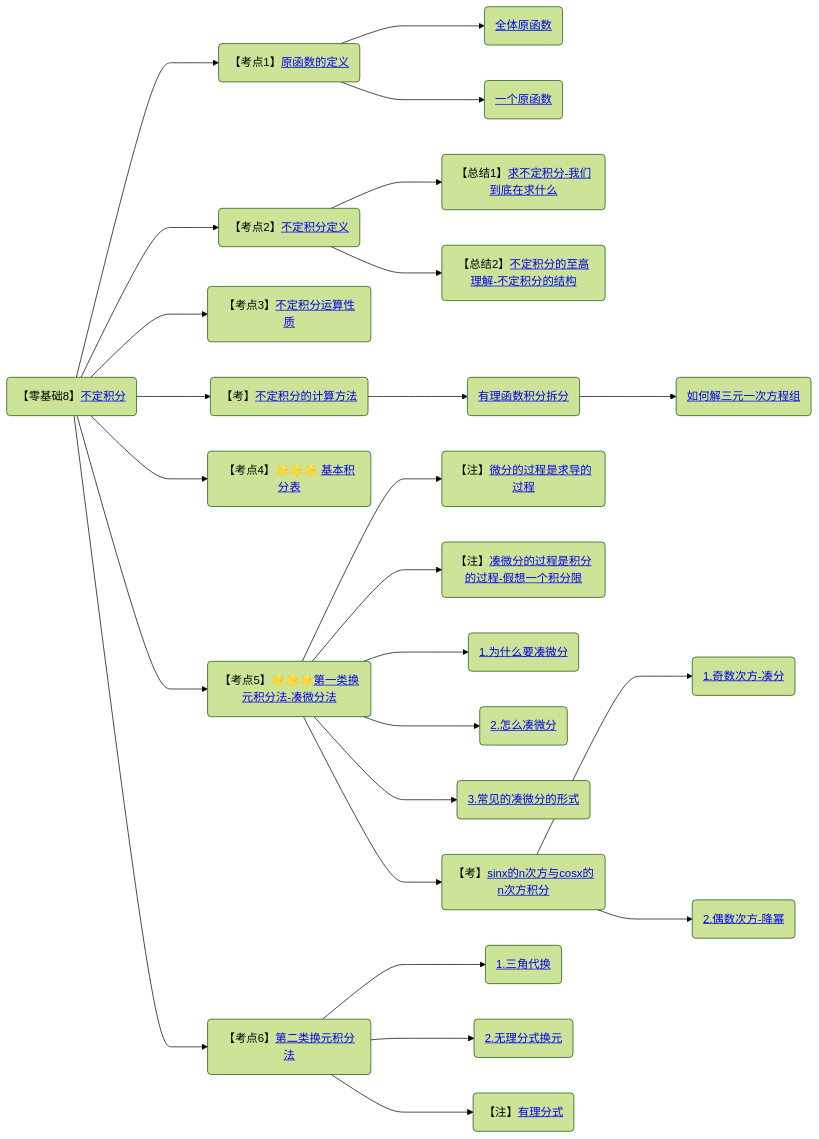
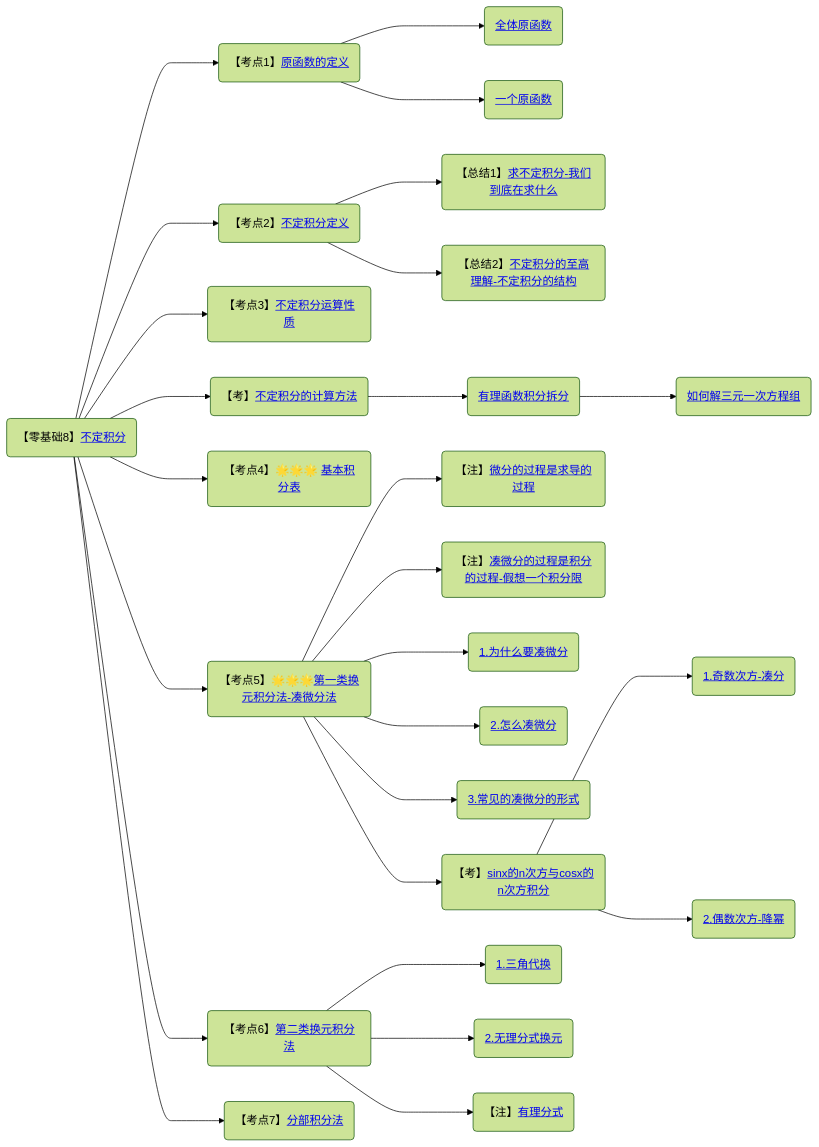
The tenth of 11 diagrams in 笔记/数学/周洋鑫/框架.md (yuebinghui/note), drawn with Mermaid (forest theme) before and after one commit. The commit also changed 9 other files, not shown here.

````diff
--- a/笔记/数学/周洋鑫/框架.md
+++ b/笔记/数学/周洋鑫/框架.md
@@ -301,36 +301,38 @@
 ```mermaid
 graph LR
 
 不定积分(【零基础8】<a target="_blank"  href="/Users/yuebinghui/Documents/program/github/note/笔记/数学/周洋鑫/13.零基础核心考点精讲12-1.md#不定积分">不定积分</>)
 
 不定积分--->原函数的定义(【考点1】<a  href="/Users/yuebinghui/Documents/program/github/note/笔记/数学/周洋鑫/13.零基础核心考点精讲12-1.md#原函数的定义">原函数的定义</>)
 原函数的定义--->全体原函数(<a target="_blank"  href="/Users/yuebinghui/Documents/program/github/note/笔记/数学/周洋鑫/13.零基础核心考点精讲12-1.md#全体原函数">全体原函数</>)
 原函数的定义--->一个原函数(<a target="_blank"  href="/Users/yuebinghui/Documents/program/github/note/笔记/数学/周洋鑫/13.零基础核心考点精讲12-1.md#一个原函数">一个原函数</>)
 
 不定积分--->不定积分定义(【考点2】<a target="_blank"  href="/Users/yuebinghui/Documents/program/github/note/笔记/数学/周洋鑫/13.零基础核心考点精讲12-1.md#不定积分定义">不定积分定义</>)
 不定积分定义--->求不定积分-我们到底在求什么(【总结1】<a target="_blank"  href="/Users/yuebinghui/Documents/program/github/note/笔记/数学/周洋鑫/13.零基础核心考点精讲12-1.md#求不定积分-我们到底在求什么">求不定积分-我们到底在求什么</>)
 不定积分定义--->不定积分的至高理解-不定积分的结构(【总结2】<a target="_blank"  href="/Users/yuebinghui/Documents/program/github/note/笔记/数学/周洋鑫/13.零基础核心考点精讲12-1.md#不定积分的至高理解-不定积分的结构">不定积分的至高理解-不定积分的结构</>)
 
 不定积分--->不定积分运算性质(【考点3】<a target="_blank"  href="/Users/yuebinghui/Documents/program/github/note/笔记/数学/周洋鑫/13.零基础核心考点精讲12-1.md#不定积分运算性质">不定积分运算性质</>)
 
 不定积分--->不定积分的计算方法(【考】<a target="_blank"  href="/Users/yuebinghui/Documents/program/github/note/笔记/数学/周洋鑫/13.零基础核心考点精讲12-1.md#不定积分的计算方法">不定积分的计算方法</>)
 不定积分的计算方法--->有理函数积分拆分(<a target="_blank"  href="/Users/yuebinghui/Documents/program/github/note/笔记/数学/周洋鑫/13.零基础核心考点精讲12-1.md#有理函数积分拆分">有理函数积分拆分</>)
 有理函数积分拆分--->如何解三元一次方程组(<a target="_blank"  href="/Users/yuebinghui/Documents/program/github/note/笔记/数学/周洋鑫/13.零基础核心考点精讲12-1.md#如何解三元一次方程组">如何解三元一次方程组</>)
 
 不定积分--->基本积分表(【考点4】🌟🌟🌟 <a target="_blank"  href="/Users/yuebinghui/Documents/program/github/note/笔记/数学/周洋鑫/13.零基础核心考点精讲12-1.md#基本积分表">基本积分表</>)
 
 不定积分--->第一类换元积分法-凑微分法(【考点5】🌟🌟🌟<a target="_blank"  href="/Users/yuebinghui/Documents/program/github/note/笔记/数学/周洋鑫/13.零基础核心考点精讲12-1.md#第一类换元积分法-凑微分法">第一类换元积分法-凑微分法</>)
 第一类换元积分法-凑微分法--->微分的过程是求导的过程(【注】<a target="_blank"  href="/Users/yuebinghui/Documents/program/github/note/笔记/数学/周洋鑫/13.零基础核心考点精讲12-1.md#微分的过程是求导的过程">微分的过程是求导的过程</>)
 第一类换元积分法-凑微分法--->凑微分的过程是积分的过程-假想一个积分限(【注】<a  target="_blank" href="/Users/yuebinghui/Documents/program/github/note/笔记/数学/周洋鑫/13.零基础核心考点精讲12-1.md#凑微分的过程是积分的过程-假想一个积分限">凑微分的过程是积分的过程-假想一个积分限</>)
 第一类换元积分法-凑微分法--->1.为什么要凑微分(<a target="_blank"  href="/Users/yuebinghui/Documents/program/github/note/笔记/数学/周洋鑫/13.零基础核心考点精讲12-1.md#1.为什么要凑微分">1.为什么要凑微分</>)
 第一类换元积分法-凑微分法--->2.怎么凑微分(<a target="_blank"  href="/Users/yuebinghui/Documents/program/github/note/笔记/数学/周洋鑫/13.零基础核心考点精讲12-1.md#2.怎么凑微分">2.怎么凑微分</>)
 第一类换元积分法-凑微分法--->3.常见的凑微分的形式(<a href="/Users/yuebinghui/Documents/program/github/note/笔记/数学/周洋鑫/13.零基础核心考点精讲12-1.md#3.常见的凑微分的形式">3.常见的凑微分的形式</>)
 第一类换元积分法-凑微分法--->sinx的n次方与cosx的n次方积分(【考】<a href="/Users/yuebinghui/Documents/program/github/note/笔记/数学/周洋鑫/14.零基础核心考点精讲13-1.md#sinx的n次方与cosx的n次方积分">sinx的n次方与cosx的n次方积分</>)
 sinx的n次方与cosx的n次方积分--->1.奇数次方-凑分(<a href="/Users/yuebinghui/Documents/program/github/note/笔记/数学/周洋鑫/14.零基础核心考点精讲13-1.md#1.奇数次方-凑分">1.奇数次方-凑分</>)
 sinx的n次方与cosx的n次方积分--->2.偶数次方-降幂(<a href="/Users/yuebinghui/Documents/program/github/note/笔记/数学/周洋鑫/14.零基础核心考点精讲13-1.md#2.偶数次方-降幂">2.偶数次方-降幂</>)
 
 不定积分---> 第二类换元积分法(【考点6】<a href="/Users/yuebinghui/Documents/program/github/note/笔记/数学/周洋鑫/14.零基础核心考点精讲13-1.md#第二类换元积分法">第二类换元积分法</>)
 第二类换元积分法---> 1.三角代换(<a href="/Users/yuebinghui/Documents/program/github/note/笔记/数学/周洋鑫/14.零基础核心考点精讲13-1.md#1.三角代换">1.三角代换</>)
 第二类换元积分法---> 2.无理分式换元(<a href="/Users/yuebinghui/Documents/program/github/note/笔记/数学/周洋鑫/14.零基础核心考点精讲13-1.md#2.无理分式换元">2.无理分式换元</>)
 第二类换元积分法---> 有理分式(【注】<a href="/Users/yuebinghui/Documents/program/github/note/笔记/数学/周洋鑫/14.零基础核心考点精讲13-1.md#有理分式">有理分式</>)
+
+不定积分---> 分部积分法(【考点7】<a href="/Users/yuebinghui/Documents/program/github/note/笔记/数学/周洋鑫/15.零基础核心考点精讲14-2.md#分部积分法">分部积分法</>)
 ```
````
